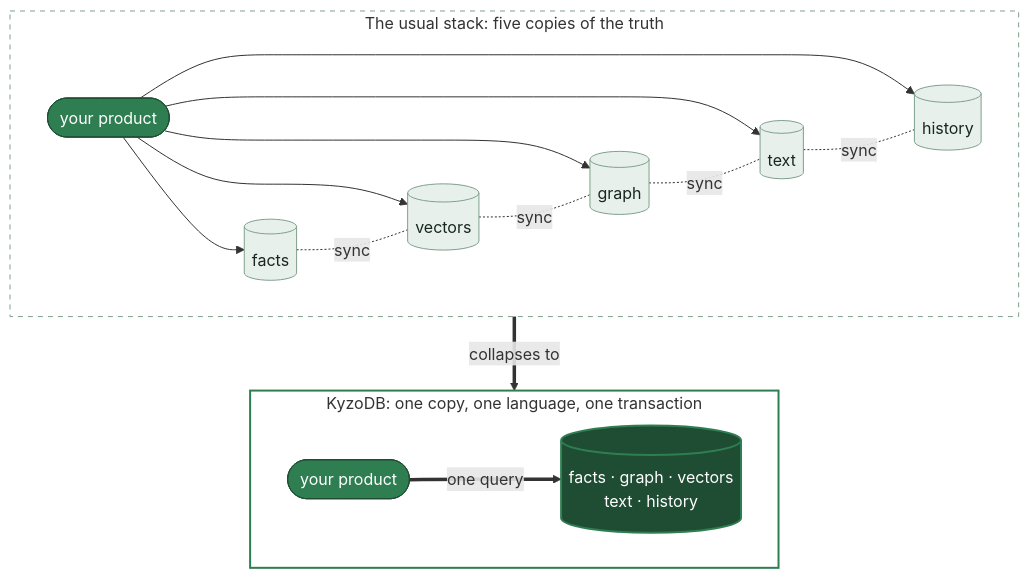
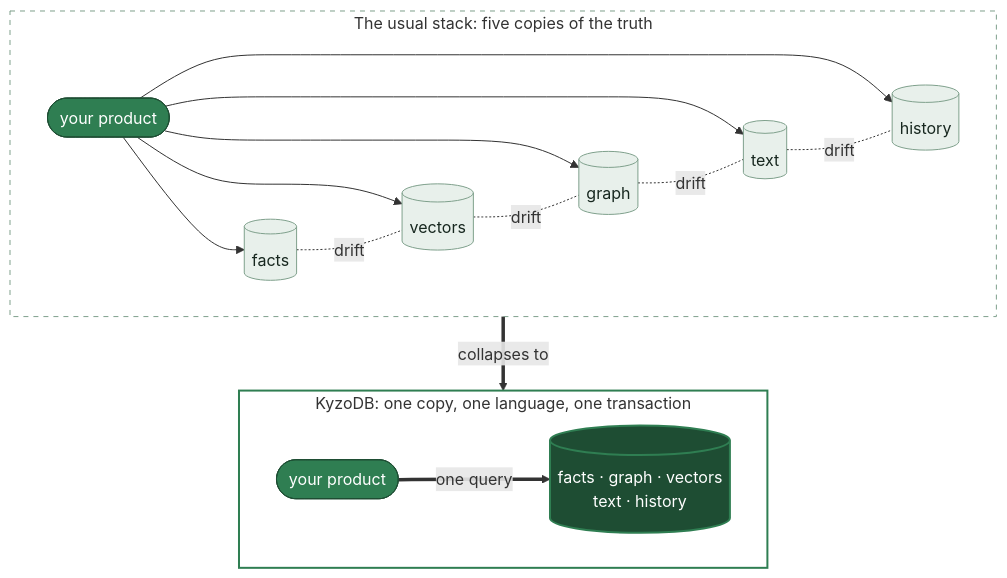
One commit to kyzodb/kyzo changed the first of 3 diagrams in README.md. Above: the diagram before and after it, drawn with Mermaid. The commit also changed other lines of this file, not shown here.

````diff
--- a/README.md
+++ b/README.md
@@ -43,28 +41,28 @@
 ```mermaid
 %%{init: {'flowchart': {'curve': 'basis'}}}%%
 flowchart TB
     subgraph five["The usual stack: five copies of the truth"]
         direction LR
         A1([your product]):::actor
         A1 --> P[(facts)]:::store
         A1 --> V[(vectors)]:::store
         A1 --> G[(graph)]:::store
         A1 --> S[(text)]:::store
         A1 --> H[(history)]:::store
-        P -. sync .- V
-        V -. sync .- G
-        G -. sync .- S
-        S -. sync .- H
+        P -. drift .- V
+        V -. drift .- G
+        G -. drift .- S
+        S -. drift .- H
     end
     subgraph one["KyzoDB: one copy, one language, one transaction"]
         direction LR
         A2([your product]):::actor
         A2 == one query ==> K[("facts · graph · vectors<br/>text · history")]:::kyzo
     end
     five == collapses to ==> one
     classDef actor fill:#2F7E52,stroke:#1E4D33,color:#FFFFFF
     classDef store fill:#E8F0EB,stroke:#7FA08C,color:#17271F
     classDef kyzo fill:#1E4D33,stroke:#2F7E52,stroke-width:2px,color:#FFFFFF
     style five fill:transparent,stroke:#7FA08C,stroke-dasharray:5 5
     style one fill:transparent,stroke:#2F7E52,stroke-width:2px
 ```
````
